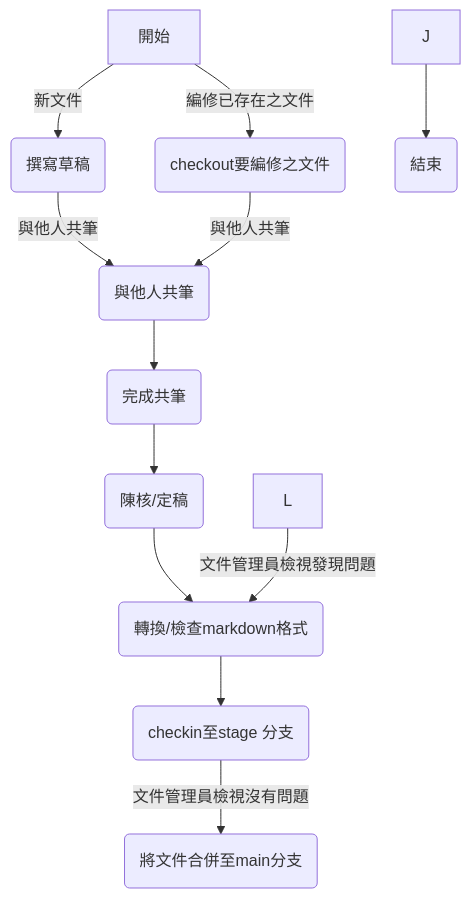
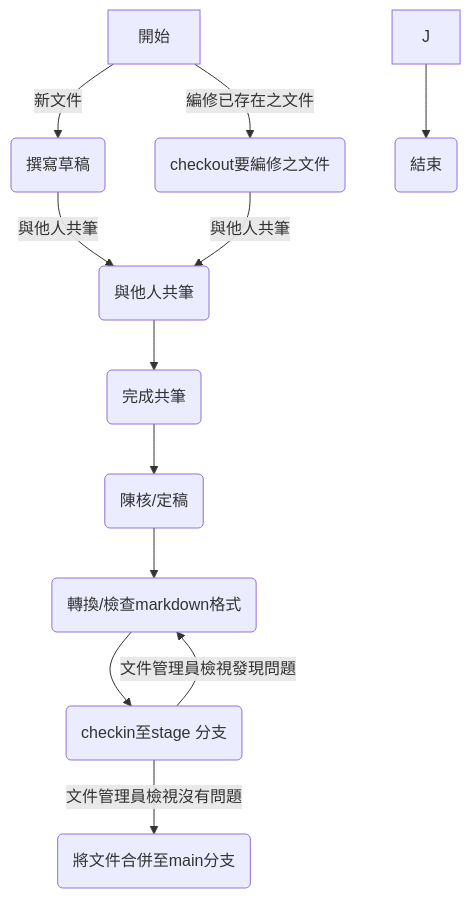
One commit to netlol/test22 changed the second of 2 diagrams in uu.md. Above: the diagram before and after it, drawn with Mermaid.

````diff
--- a/uu.md
+++ b/uu.md
@@ -10,14 +10,14 @@
 ```mermaid
 graph TD;
   A[開始] -->|新文件| B(撰寫草稿);
   A -->|編修已存在之文件| C(checkout要編修之文件);
   B -->|與他人共筆| D(與他人共筆);
   C -->|與他人共筆| D(與他人共筆);
   D --> E(完成共筆);
   E --> F(陳核/定稿);
   F --> G(轉換/檢查markdown格式);
   G --> H(checkin至stage 分支);
   H -->|文件管理員檢視沒有問題| I(將文件合併至main分支);
-  L -->|文件管理員檢視發現問題| G
+  H -->|文件管理員檢視發現問題| G
   J --> K(結束);
 ```
````
